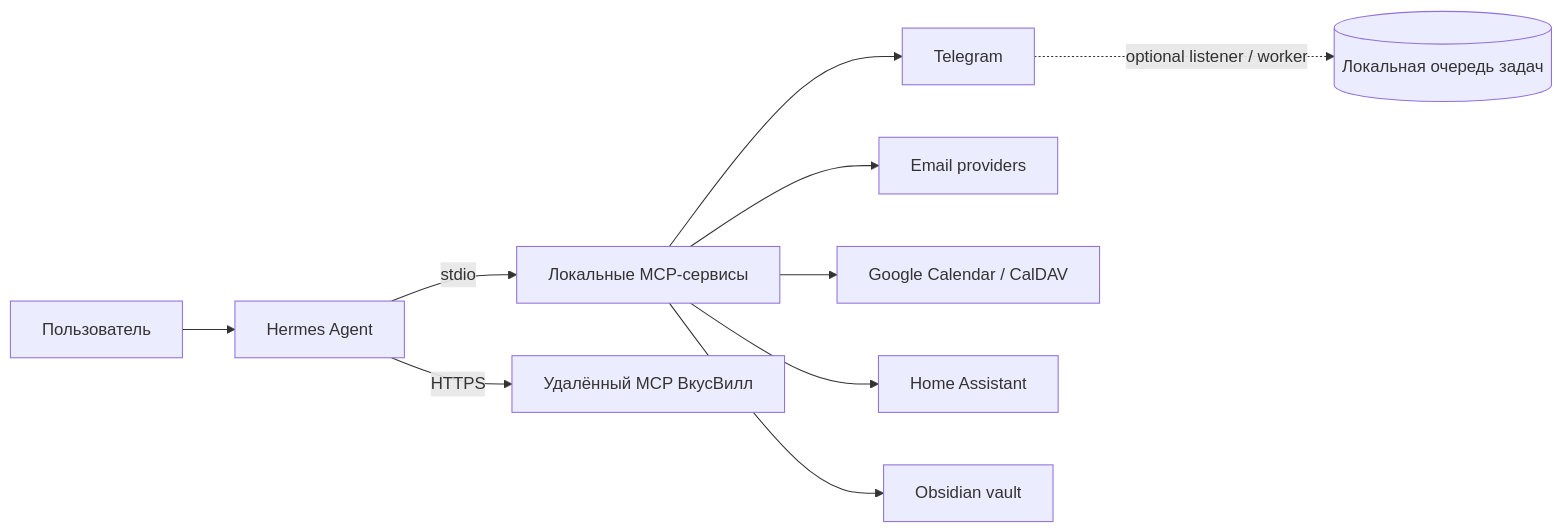
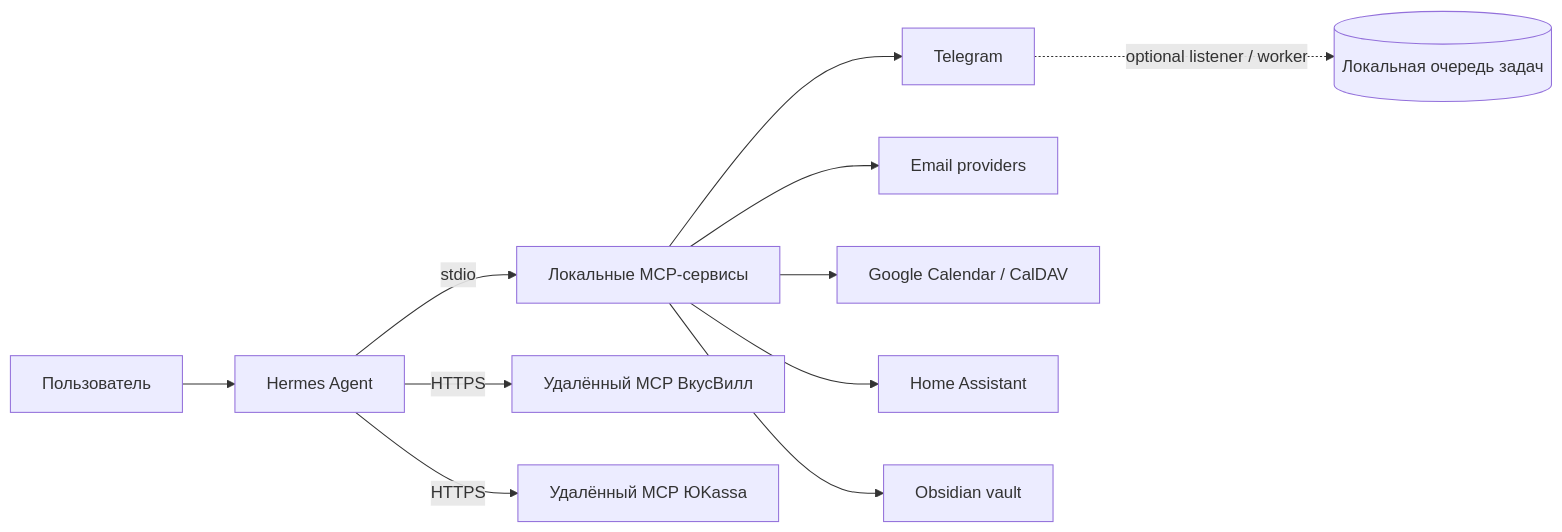
The diagram in README.md (goshkaaa/Personal-AI-assistant), drawn with Mermaid before and after one commit. The commit also changed other lines of this file and 7 other files, not shown here.

Commit message:
feat: add YooKassa remote MCP integration

````diff
--- a/README.md
+++ b/README.md
@@ -37,12 +38,13 @@
 ```mermaid
 flowchart LR
     User[Пользователь] --> Hermes[Hermes Agent]
     Hermes -->|stdio| Local[Локальные MCP-сервисы]
     Local --> Telegram[Telegram]
     Local --> Mail[Email providers]
     Local --> Calendar[Google Calendar / CalDAV]
     Local --> HA[Home Assistant]
     Local --> Vault[Obsidian vault]
     Hermes -->|HTTPS| VkusVill[Удалённый MCP ВкусВилл]
+    Hermes -->|HTTPS| YooKassa[Удалённый MCP ЮKassa]
     Telegram -. optional listener / worker .-> Queue[(Локальная очередь задач)]
 ```
````
